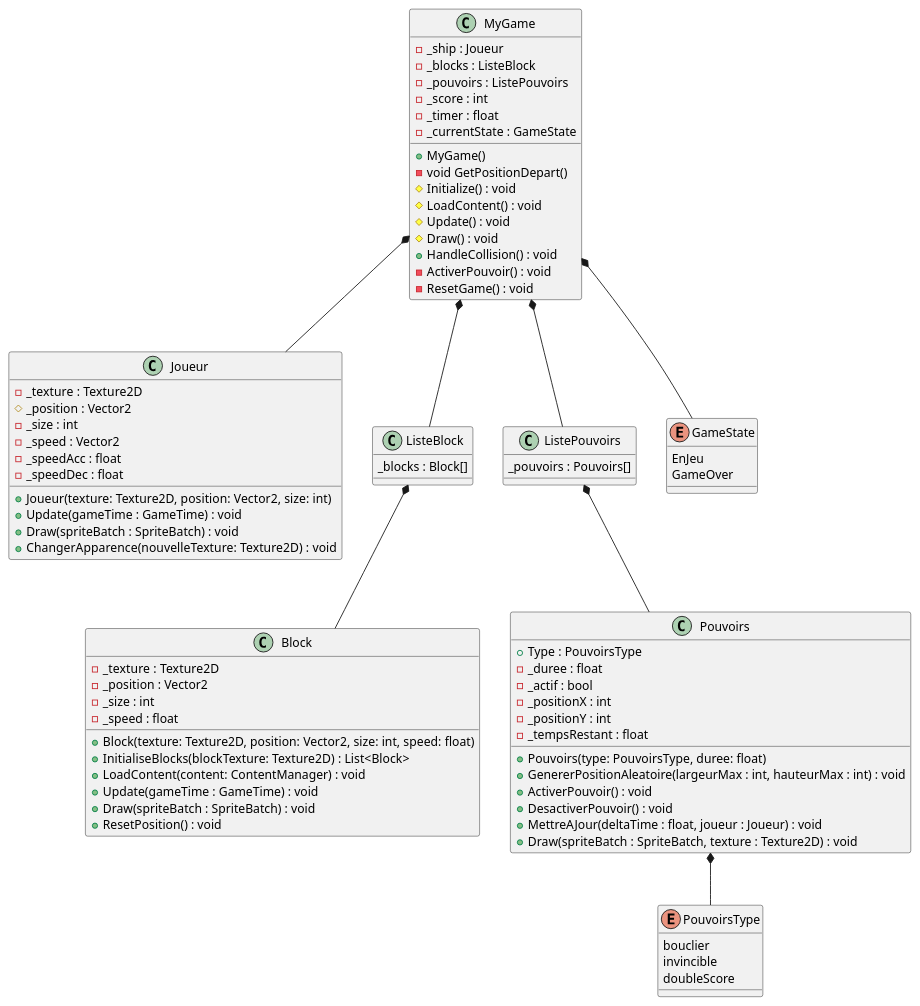
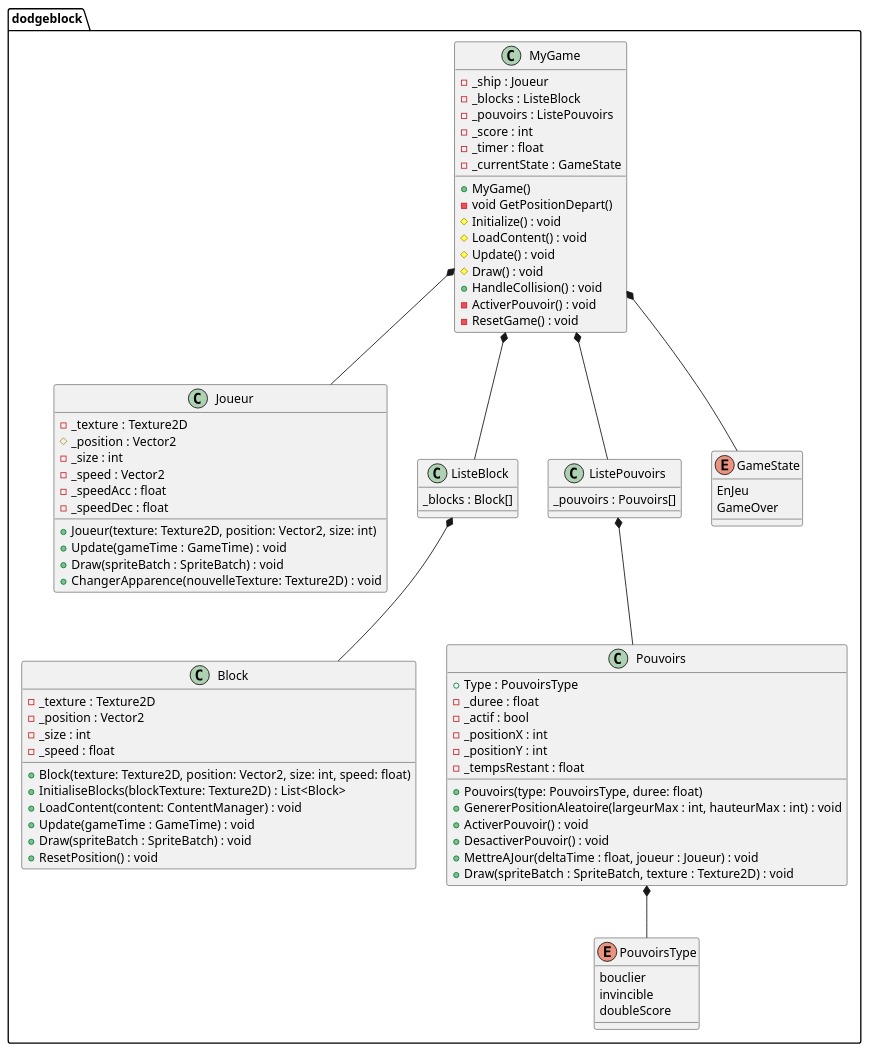
Before and after one commit to AlexisThach/DodgeBlock: the diagram in data/plantUML/plantuml.md, drawn with PlantUML. The commit also changed 14 other files, not shown here.

````diff
--- a/data/plantUML/plantuml.md
+++ b/data/plantUML/plantuml.md
@@ -1,6 +1,7 @@
 ```plantuml
 
-class MyGame {
+package dodgeblock {
+    class MyGame {
     -_ship : Joueur
     -_blocks : ListeBlock
     -_pouvoirs : ListePouvoirs
@@ -16,9 +17,9 @@
     +HandleCollision() : void
     -ActiverPouvoir() : void
     -ResetGame() : void
-}
-
-class Joueur {
+    }
+    
+    class Joueur {
     -_texture : Texture2D
     #_position : Vector2
     -_size : int
@@ -29,13 +30,13 @@
     +Update(gameTime : GameTime) : void
     +Draw(spriteBatch : SpriteBatch) : void
     +ChangerApparence(nouvelleTexture: Texture2D) : void
-}
-
-class ListeBlock {
+    }
+    
+    class ListeBlock {
     _blocks : Block[]
-}
-
-class Block {
+    }
+    
+    class Block {
     -_texture : Texture2D
     -_position : Vector2
     -_size : int
@@ -46,13 +47,13 @@
     +Update(gameTime : GameTime) : void
     +Draw(spriteBatch : SpriteBatch) : void 
     +ResetPosition() : void 
-}
-
-class ListePouvoirs {
-   _pouvoirs : Pouvoirs[]
-}
-
-class Pouvoirs {
+    }
+    
+    class ListePouvoirs {
+    _pouvoirs : Pouvoirs[]
+    }
+    
+    class Pouvoirs {
     +Type : PouvoirsType
     -_duree : float
     -_actif : bool
@@ -65,25 +66,26 @@
     +DesactiverPouvoir() : void 
     +MettreAJour(deltaTime : float, joueur : Joueur) : void
     +Draw(spriteBatch : SpriteBatch, texture : Texture2D) : void 
-}
-
-enum GameState{
+    }
+    
+    enum GameState{
     EnJeu
     GameOver
-}
-
-enum PouvoirsType {
+    }
+    
+    enum PouvoirsType {
     bouclier
     invincible
     doubleScore
+    }
+
+    MyGame *-- Joueur
+    MyGame *-- ListeBlock
+    MyGame *-- ListePouvoirs
+    MyGame *-- GameState
+    ListeBlock *-- Block
+    ListePouvoirs *-- Pouvoirs
+    Pouvoirs *-- PouvoirsType
 }
 
-MyGame *-- Joueur
-MyGame *-- ListeBlock
-MyGame *-- ListePouvoirs
-MyGame *-- GameState
-ListeBlock *-- Block
-ListePouvoirs *-- Pouvoirs
-Pouvoirs *-- PouvoirsType
-
 ```
````
